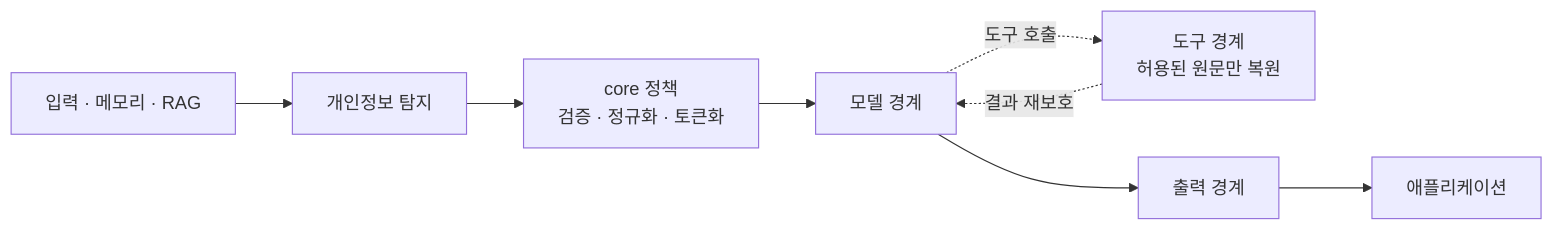
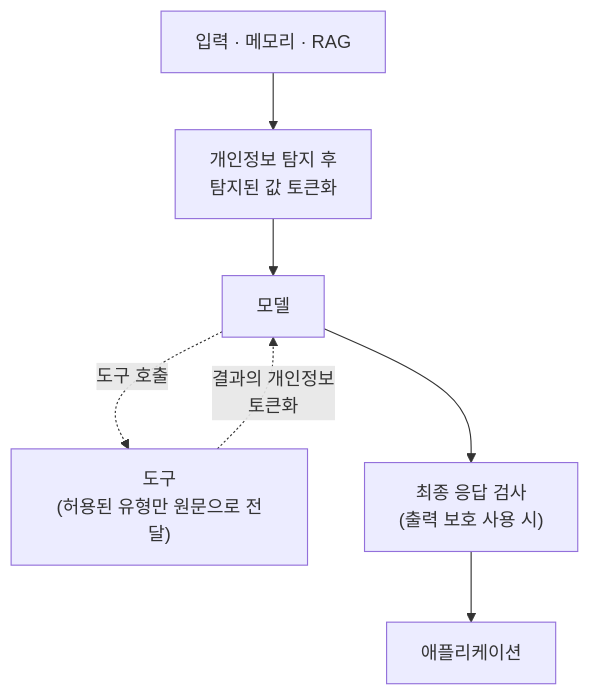
Before and after one commit to ultramancode/spring-ai-privacy-guardrails: the diagram in README.ko.md, drawn with Mermaid. The commit also changed other lines of this file and 61 other files, not shown here.

````diff
--- a/README.ko.md
+++ b/README.ko.md
@@ -48,10 +54,9 @@
 ```mermaid
-flowchart LR
-    A["입력 · 메모리 · RAG"] --> B["개인정보 탐지"]
-    B --> C["core 정책<br/>검증 · 정규화 · 토큰화"]
-    C --> D["모델 경계"]
-    D -. "도구 호출" .-> E["도구 경계<br/>허용된 원문만 복원"]
-    E -. "결과 재보호" .-> D
-    D --> F["출력 경계"]
-    F --> G["애플리케이션"]
+flowchart TD
+    A["입력 · 메모리 · RAG"] --> B["개인정보 탐지 후<br/>탐지된 값 토큰화"]
+    B --> C["모델"]
+    C -. "도구 호출" .-> D["도구<br/>(허용된 유형만 원문으로 전달)"]
+    D -. "결과의 개인정보<br/>토큰화" .-> C
+    C --> E["최종 응답 검사<br/>(출력 보호 사용 시)"]
+    E --> F["애플리케이션"]
 ```
````
